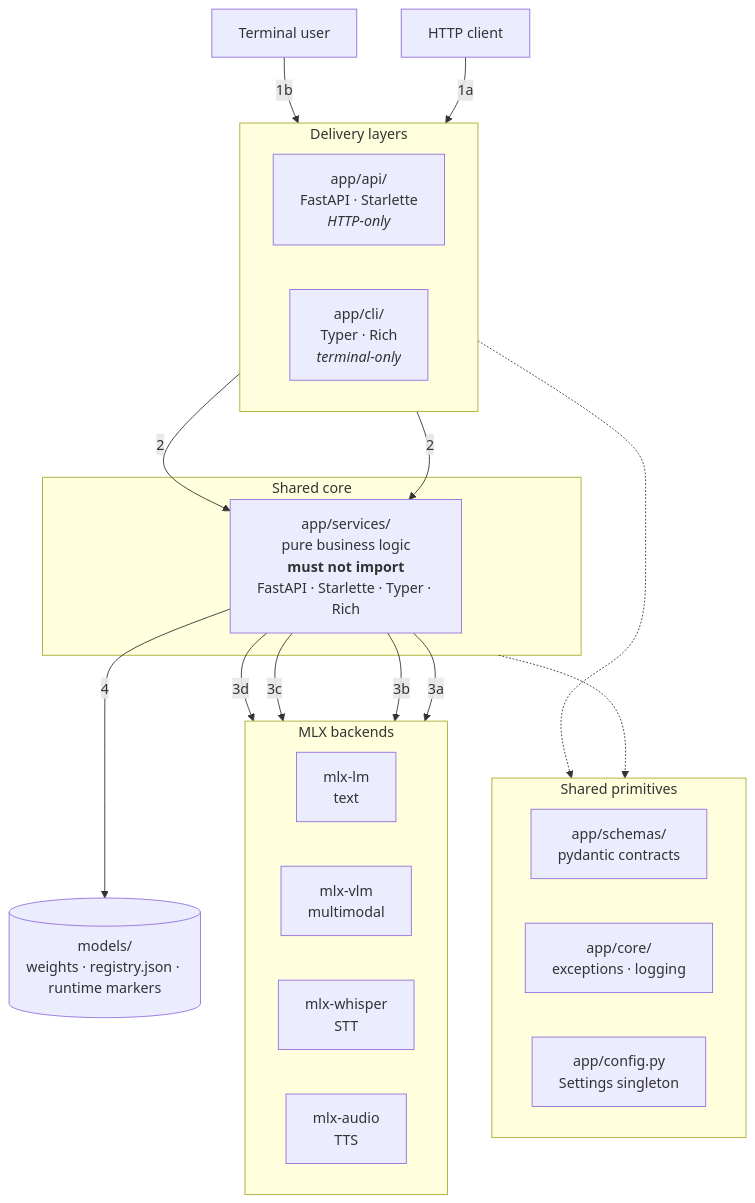
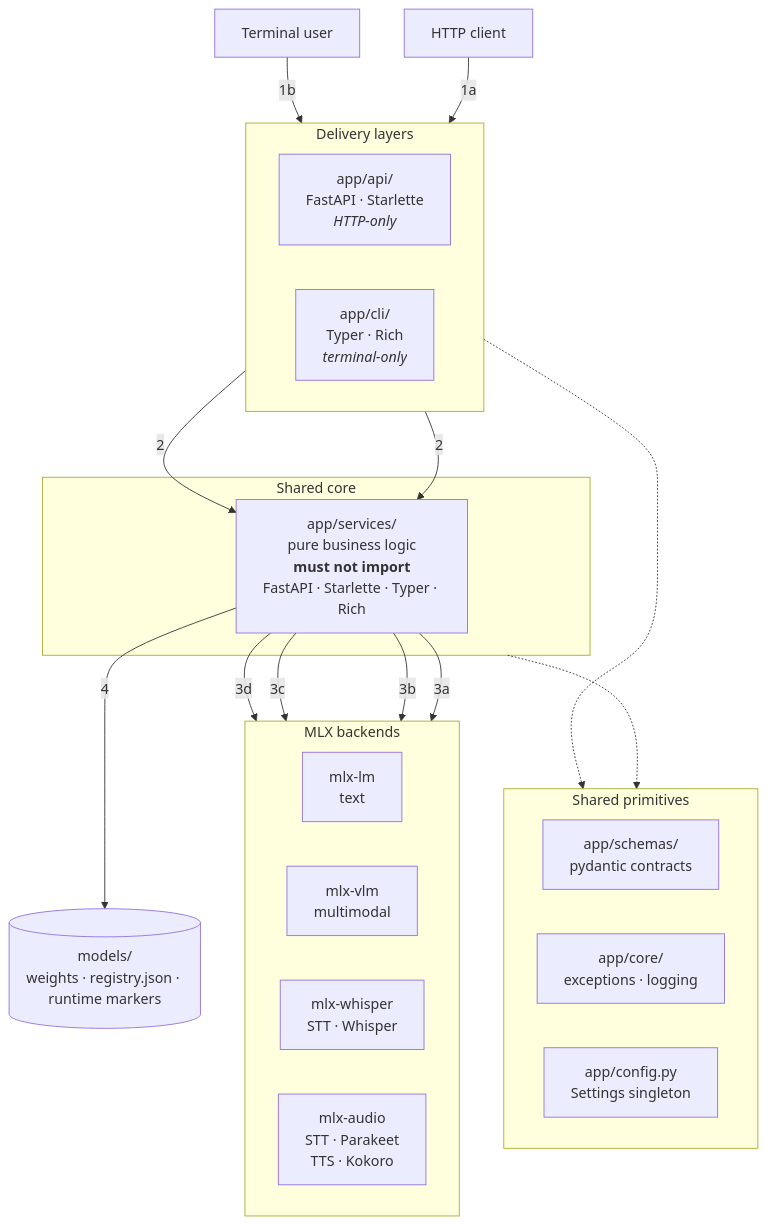
The second of 6 diagrams in docs/system-design.md (NVJ9SINGHNAVJOT/ai-service), drawn with Mermaid before and after one commit. The commit also changed other lines of this file and 13 other files, not shown here.

First line of the commit message:
feat: Enhance audio service with STT/TTS model management and testing

````diff
--- a/docs/system-design.md
+++ b/docs/system-design.md
@@ -53,44 +53,44 @@
 ```mermaid
 flowchart TD
     client["HTTP client"]
     user["Terminal user"]
 
     subgraph delivery["Delivery layers"]
         direction LR
         api["app/api/<br/>FastAPI · Starlette<br/><i>HTTP-only</i>"]
         cli["app/cli/<br/>Typer · Rich<br/><i>terminal-only</i>"]
     end
 
     subgraph core["Shared core"]
         services["app/services/<br/>pure business logic<br/><b>must not import</b><br/>FastAPI · Starlette · Typer · Rich"]
     end
 
     subgraph shared["Shared primitives"]
         direction LR
         schemas["app/schemas/<br/>pydantic contracts"]
         corepkg["app/core/<br/>exceptions · logging"]
         config["app/config.py<br/>Settings singleton"]
     end
 
     subgraph backends["MLX backends"]
         direction LR
         mlxlm["mlx-lm<br/>text"]
         mlxvlm["mlx-vlm<br/>multimodal"]
-        whisper["mlx-whisper<br/>STT"]
-        audio["mlx-audio<br/>TTS"]
+        whisper["mlx-whisper<br/>STT · Whisper"]
+        audio["mlx-audio<br/>STT · Parakeet<br/>TTS · Kokoro"]
     end
 
     disk[("models/<br/>weights · registry.json · runtime markers")]
 
     client -->|1a| api
     user -->|1b| cli
     api -->|2| services
     cli -->|2| services
     services -->|3a| mlxlm
     services -->|3b| mlxvlm
     services -->|3c| whisper
     services -->|3d| audio
     services -->|4| disk
     delivery -.-> shared
     core -.-> shared
 ```
````
